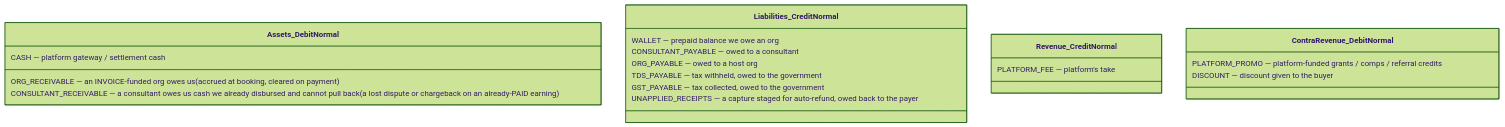
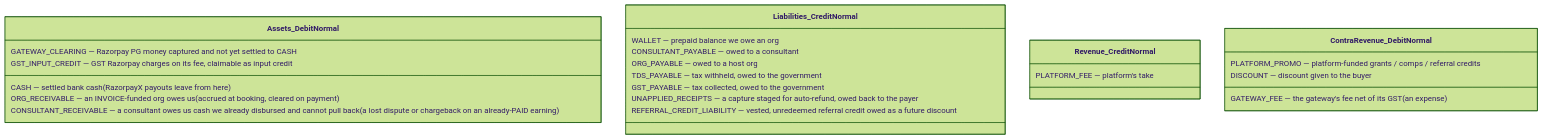
The first of 2 diagrams in docs/enterprise/10-money-and-ledger/02-chart-of-accounts.md (Practitionist/familiarise_web), drawn with Mermaid (forest theme) before and after one commit. The commit also changed other lines of this file and 34 other files, not shown here.

````diff
--- a/docs/enterprise/10-money-and-ledger/02-chart-of-accounts.md
+++ b/docs/enterprise/10-money-and-ledger/02-chart-of-accounts.md
@@ -19,23 +19,27 @@
 ```mermaid
 classDiagram
   class Assets_DebitNormal {
-    CASH  — platform gateway / settlement cash
+    CASH  — settled bank cash (RazorpayX payouts leave from here)
+    GATEWAY_CLEARING  — Razorpay PG money captured and not yet settled to CASH
+    GST_INPUT_CREDIT  — GST Razorpay charges on its fee, claimable as input credit
     ORG_RECEIVABLE  — an INVOICE-funded org owes us (accrued at booking, cleared on payment)
     CONSULTANT_RECEIVABLE  — a consultant owes us cash we already disbursed and cannot pull back (a lost dispute or chargeback on an already-PAID earning)
   }
   class Liabilities_CreditNormal {
     WALLET  — prepaid balance we owe an org
     CONSULTANT_PAYABLE  — owed to a consultant
     ORG_PAYABLE  — owed to a host org
     TDS_PAYABLE  — tax withheld, owed to the government
     GST_PAYABLE  — tax collected, owed to the government
     UNAPPLIED_RECEIPTS  — a capture staged for auto-refund, owed back to the payer
+    REFERRAL_CREDIT_LIABILITY  — vested, unredeemed referral credit owed as a future discount
   }
   class Revenue_CreditNormal {
     PLATFORM_FEE  — platform's take
   }
   class ContraRevenue_DebitNormal {
     PLATFORM_PROMO  — platform-funded grants / comps / referral credits
     DISCOUNT  — discount given to the buyer
+    GATEWAY_FEE  — the gateway's fee net of its GST (an expense)
   }
 ```
````
